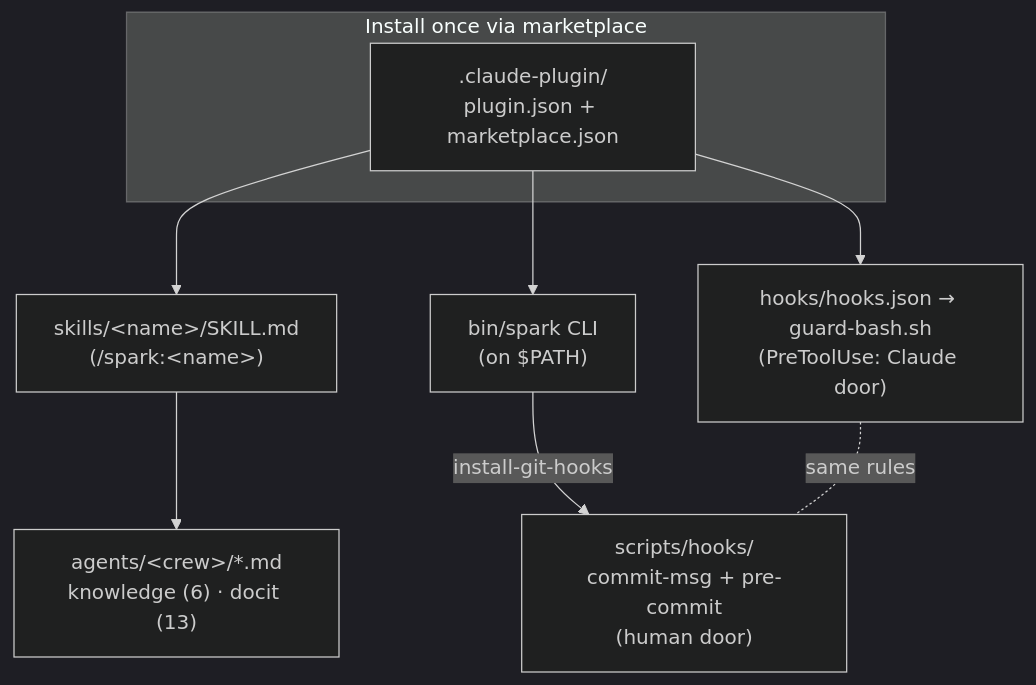
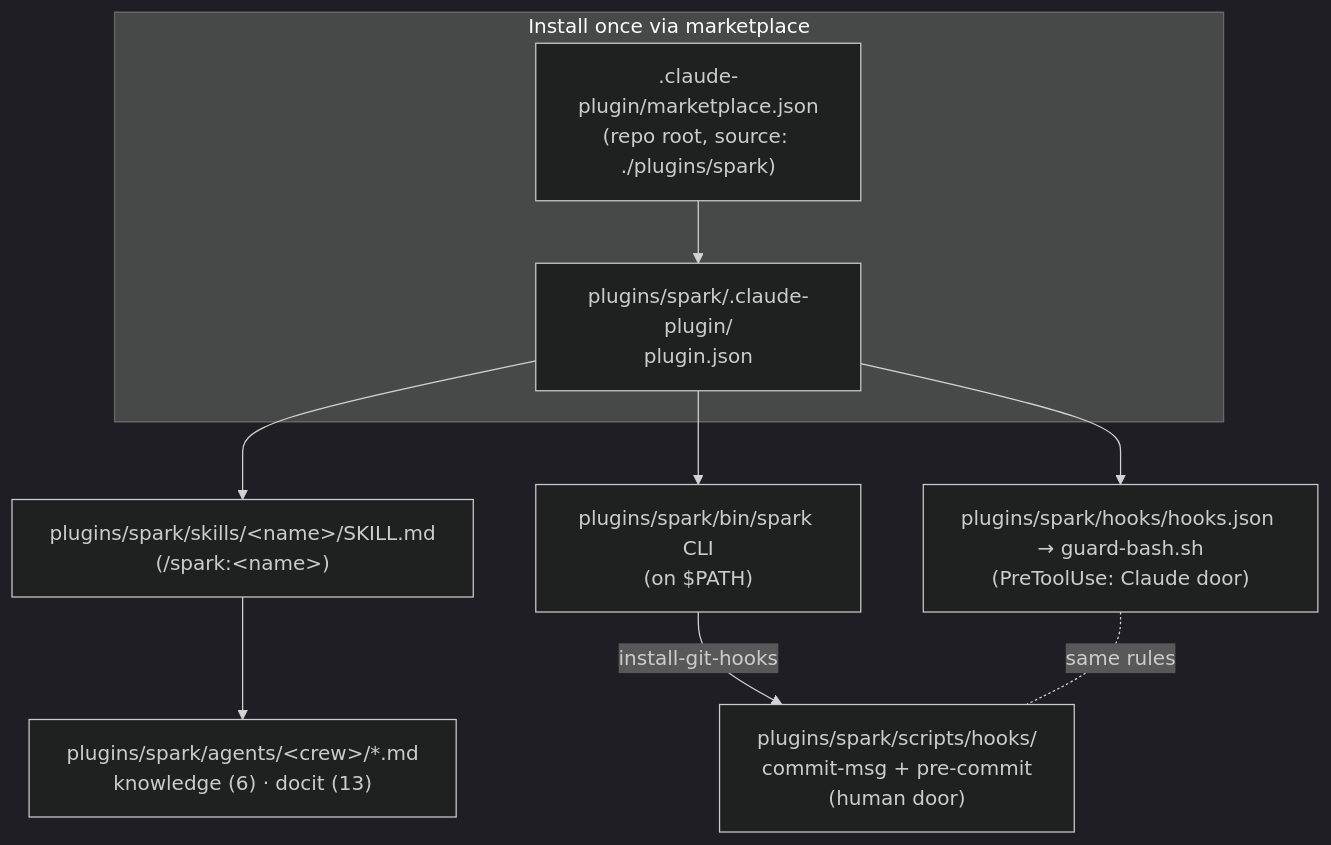
The diagram in docs/architecture/spark-internals.md (jwogrady/spark), drawn with Mermaid (dark theme) before and after one commit. The commit also changed other lines of this file and 1 other file, not shown here.

First line of the commit message:
docs: refresh dev docs to the plugins/spark layout

````diff
--- a/docs/architecture/spark-internals.md
+++ b/docs/architecture/spark-internals.md
@@ -64,12 +68,14 @@
 ```mermaid
 flowchart TB
   subgraph Install["Install once via marketplace"]
-    M[".claude-plugin/<br/>plugin.json + marketplace.json"]
+    MP[".claude-plugin/marketplace.json<br/>(repo root, source: ./plugins/spark)"]
+    M["plugins/spark/.claude-plugin/<br/>plugin.json"]
+    MP --> M
   end
-  M --> S["skills/&lt;name&gt;/SKILL.md<br/>(/spark:&lt;name&gt;)"]
-  M --> H["hooks/hooks.json → guard-bash.sh<br/>(PreToolUse: Claude door)"]
-  M --> C["bin/spark CLI<br/>(on $PATH)"]
-  S --> A["agents/&lt;crew&gt;/*.md<br/>knowledge (6) · docit (13)"]
-  C -->|install-git-hooks| G["scripts/hooks/<br/>commit-msg + pre-commit<br/>(human door)"]
+  M --> S["plugins/spark/skills/&lt;name&gt;/SKILL.md<br/>(/spark:&lt;name&gt;)"]
+  M --> H["plugins/spark/hooks/hooks.json → guard-bash.sh<br/>(PreToolUse: Claude door)"]
+  M --> C["plugins/spark/bin/spark CLI<br/>(on $PATH)"]
+  S --> A["plugins/spark/agents/&lt;crew&gt;/*.md<br/>knowledge (6) · docit (13)"]
+  C -->|install-git-hooks| G["plugins/spark/scripts/hooks/<br/>commit-msg + pre-commit<br/>(human door)"]
   H -. same rules .- G
 ```
````
